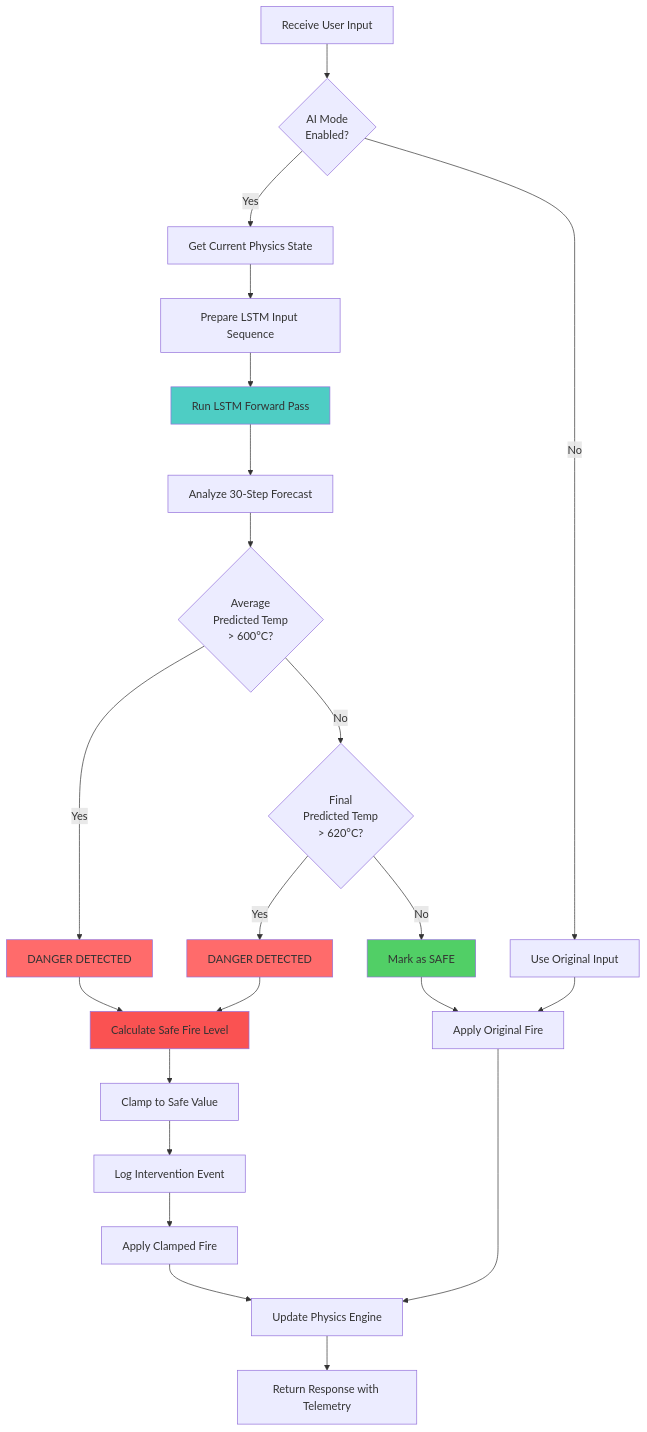
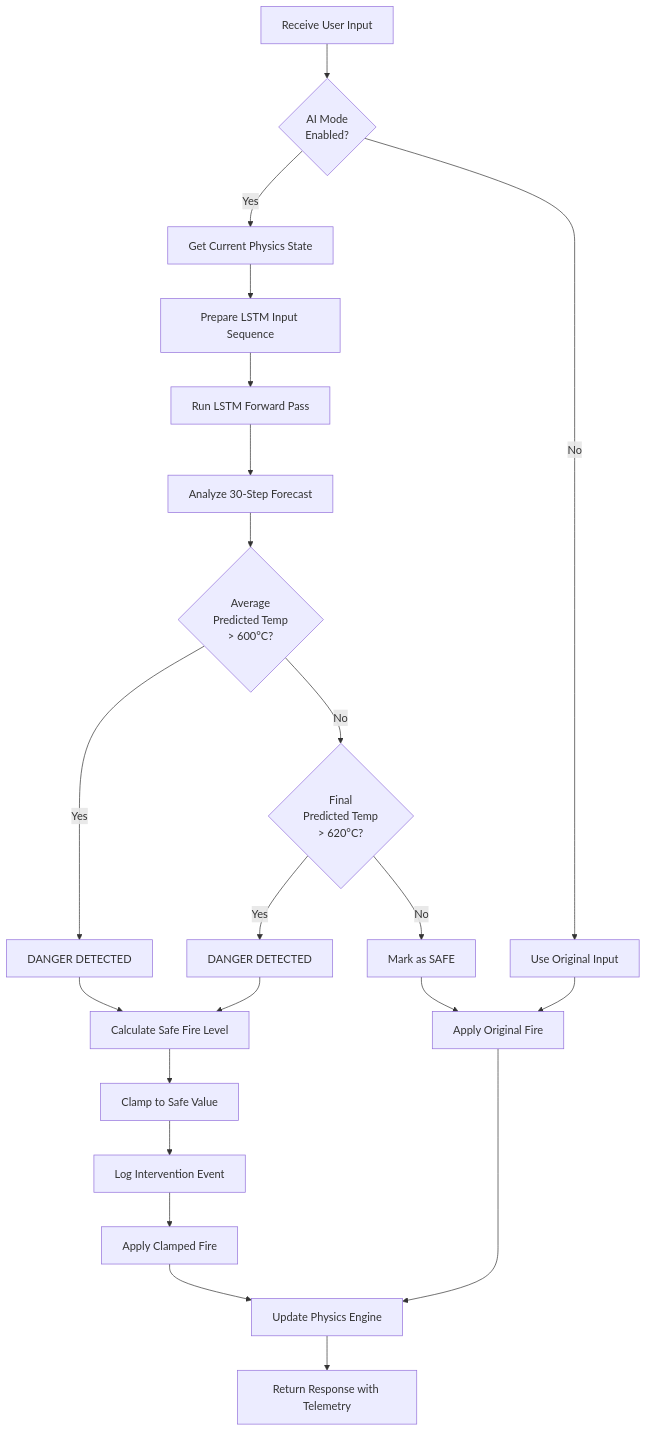
The fifth of 6 diagrams in docs/backend.md (Divesh-Kshirsagar/BIMCS), drawn with Mermaid before and after one commit. The commit also changed other lines of this file and 7 other files, not shown here.

Commit message:
refactor: remove unnecessary style definitions from documentation diagrams

````diff
--- a/docs/backend.md
+++ b/docs/backend.md
@@ -304,41 +301,36 @@
 ```mermaid
 flowchart TD
     Start[Receive User Input] --> AIEnabled{AI Mode<br/>Enabled?}
     
     AIEnabled -->|No| PassThrough[Use Original Input]
     AIEnabled -->|Yes| GetState[Get Current Physics State]
     
     GetState --> Prepare[Prepare LSTM Input Sequence]
     Prepare --> Predict[Run LSTM Forward Pass]
     
     Predict --> Analyze[Analyze 30-Step Forecast]
     
     Analyze --> CheckAvg{Average<br/>Predicted Temp<br/>> 600°C?}
     
     CheckAvg -->|No| CheckFinal{Final<br/>Predicted Temp<br/>> 620°C?}
     CheckAvg -->|Yes| Danger1[DANGER DETECTED]
     
     CheckFinal -->|No| Safe[Mark as SAFE]
     CheckFinal -->|Yes| Danger2[DANGER DETECTED]
     
     Danger1 --> Calculate[Calculate Safe Fire Level]
     Danger2 --> Calculate
     
     Calculate --> Clamp[Clamp to Safe Value]
     Clamp --> LogEvent[Log Intervention Event]
     LogEvent --> ApplyClamped[Apply Clamped Fire]
     
     Safe --> ApplyOriginal[Apply Original Fire]
     PassThrough --> ApplyOriginal
     
     ApplyClamped --> UpdatePhysics[Update Physics Engine]
     ApplyOriginal --> UpdatePhysics
     
     UpdatePhysics --> Response[Return Response with Telemetry]
     
-    style Danger1 fill:#ff6b6b
-    style Danger2 fill:#ff6b6b
-    style Calculate fill:#fa5252
-    style Safe fill:#51cf66
-    style Predict fill:#4ecdc4
 ```
````
